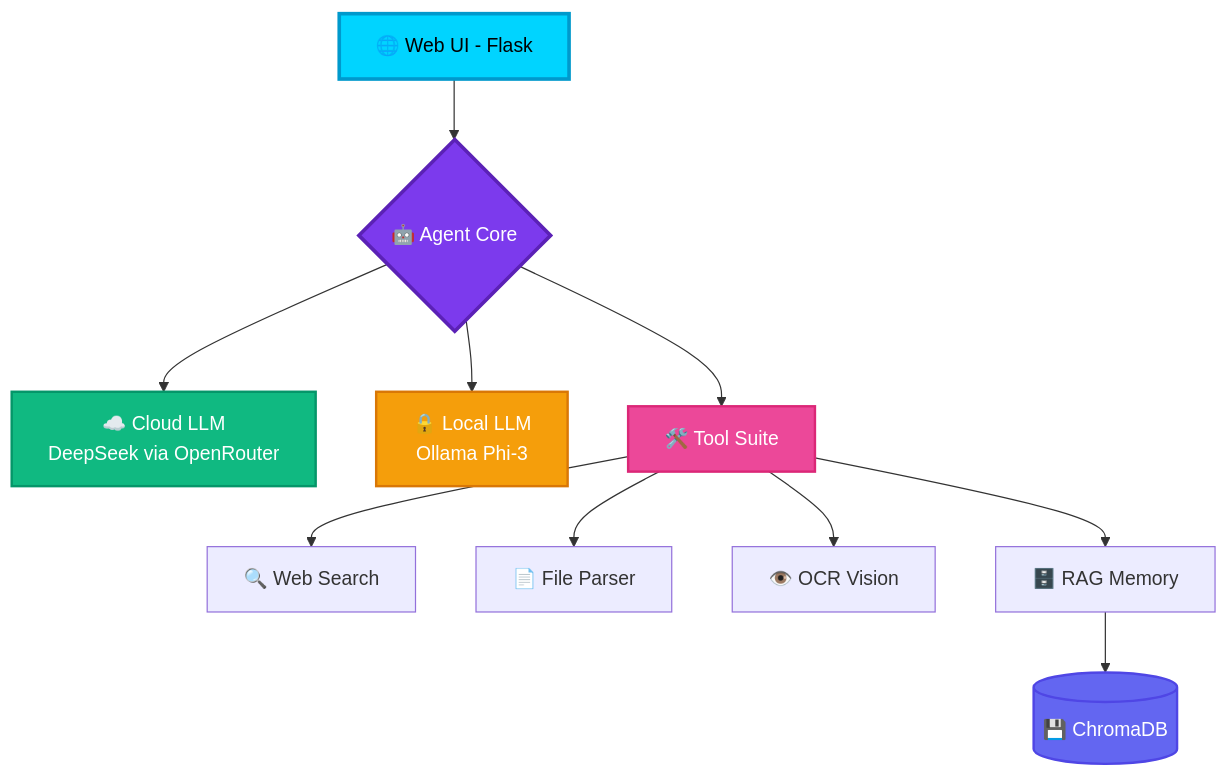
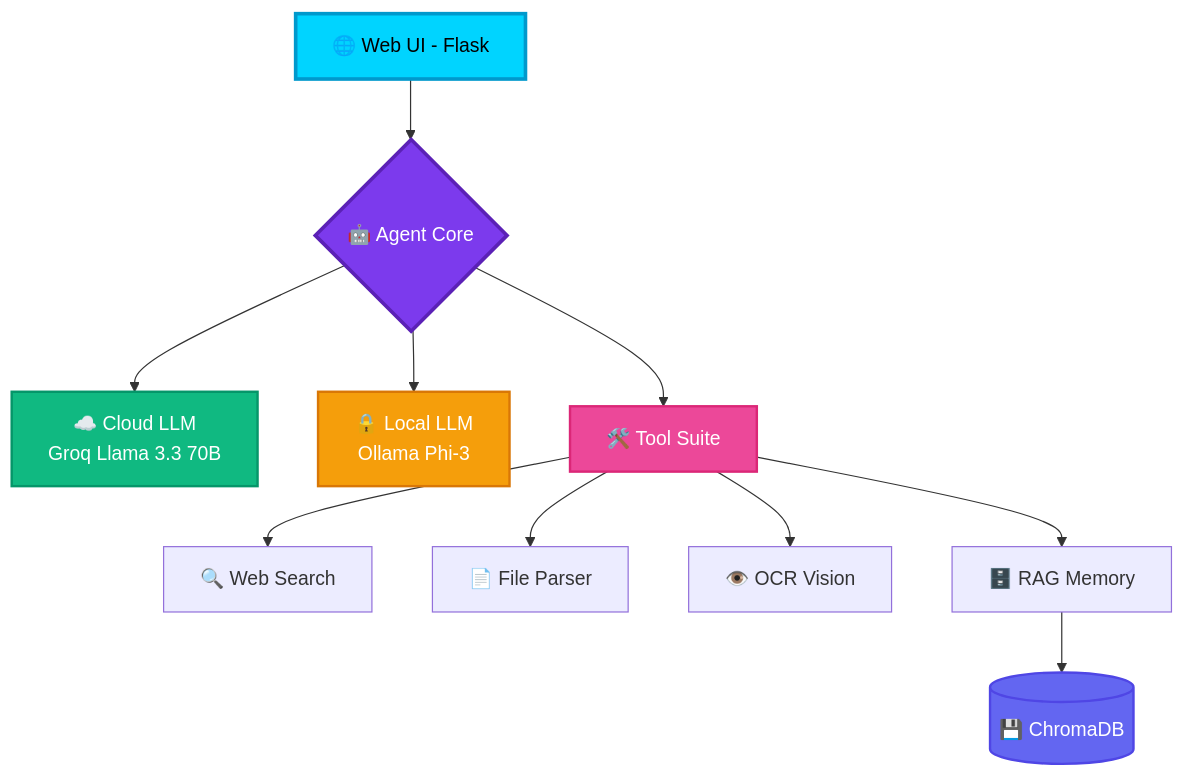
The diagram in README.md (koushik4475/open-agent), drawn with Mermaid before and after one commit. The commit also changed other lines of this file and 5 other files, not shown here.

````diff
--- a/README.md
+++ b/README.md
@@ -142,21 +149,21 @@
 ```mermaid
 graph TB
     A[🌐 Web UI - Flask] --> B{🤖 Agent Core}
-    B --> C[☁️ Cloud LLM<br/>DeepSeek via OpenRouter]
+    B --> C[☁️ Cloud LLM<br/>Groq Llama 3.3 70B]
     B --> D[🔒 Local LLM<br/>Ollama Phi-3]
     B --> E[🛠️ Tool Suite]
     
     E --> F[🔍 Web Search]
     E --> G[📄 File Parser]
     E --> H[👁️ OCR Vision]
     E --> I[🗄️ RAG Memory]
     
     I --> J[(💾 ChromaDB)]
     
     style A fill:#00d4ff,stroke:#0099cc,stroke-width:3px,color:#000
     style B fill:#7c3aed,stroke:#5b21b6,stroke-width:3px,color:#fff
     style C fill:#10b981,stroke:#059669,stroke-width:2px,color:#fff
     style D fill:#f59e0b,stroke:#d97706,stroke-width:2px,color:#fff
     style E fill:#ec4899,stroke:#db2777,stroke-width:2px,color:#fff
     style J fill:#6366f1,stroke:#4f46e5,stroke-width:2px,color:#fff
 ```
````
